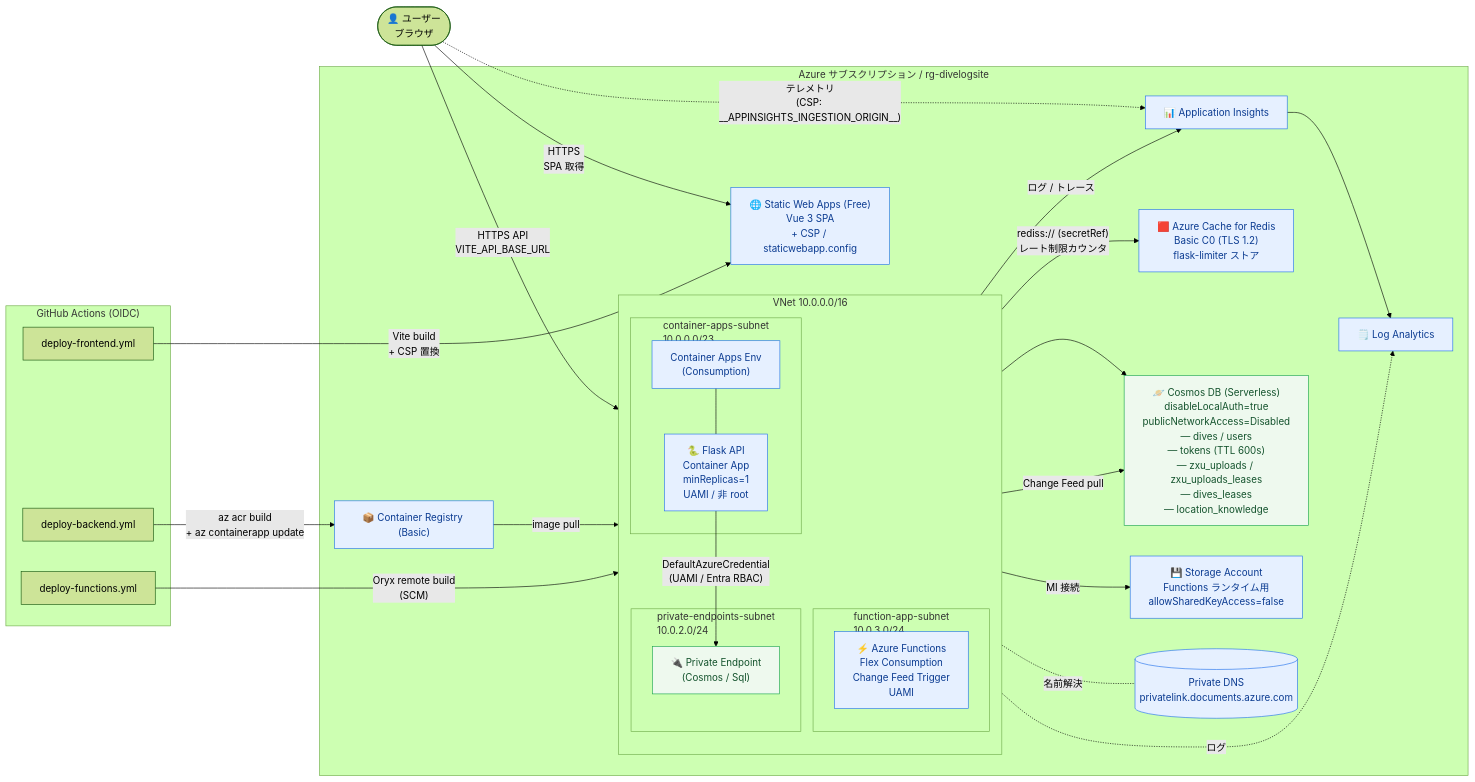
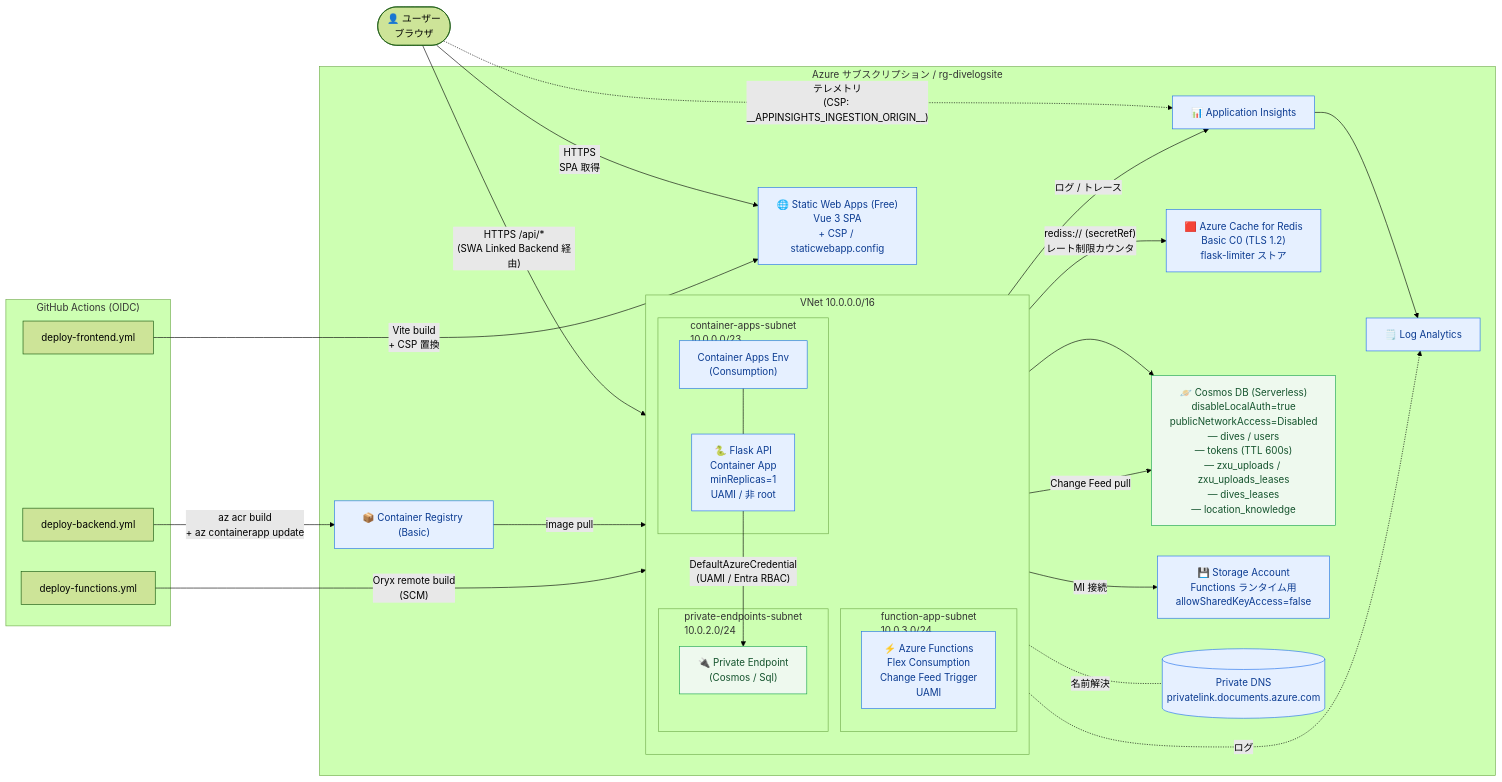
One commit to mahya8585/divelog changed the first of 3 diagrams in docs/architecture.md. Above: the diagram before and after it, drawn with Mermaid (forest theme). The commit also changed other lines of this file and 16 other files, not shown here.

````diff
--- a/docs/architecture.md
+++ b/docs/architecture.md
@@ -7,65 +7,65 @@
 ```mermaid
 flowchart LR
     User([👤 ユーザー<br/>ブラウザ])
 
     subgraph GHA["GitHub Actions (OIDC)"]
         WF_FE[deploy-frontend.yml]
         WF_BE[deploy-backend.yml]
         WF_FN[deploy-functions.yml]
     end
 
     subgraph Azure["Azure サブスクリプション / rg-divelogsite"]
         SWA["🌐 Static Web Apps (Free)<br/>Vue 3 SPA<br/>+ CSP / staticwebapp.config"]
         ACR["📦 Container Registry (Basic)"]
         AI["📊 Application Insights"]
         LAW["🗒️ Log Analytics"]
 
         subgraph VNET["VNet 10.0.0.0/16"]
             direction TB
             subgraph SUB_CA["container-apps-subnet<br/>10.0.0.0/23"]
                 CAE["Container Apps Env<br/>(Consumption)"]
                 CA["🐍 Flask API<br/>Container App<br/>minReplicas=1<br/>UAMI / 非 root"]
                 CAE --- CA
             end
             subgraph SUB_FN["function-app-subnet<br/>10.0.3.0/24"]
                 FN["⚡ Azure Functions<br/>Flex Consumption<br/>Change Feed Trigger<br/>UAMI"]
             end
             subgraph SUB_PE["private-endpoints-subnet<br/>10.0.2.0/24"]
                 PE_COS["🔌 Private Endpoint<br/>(Cosmos / Sql)"]
             end
         end
 
         REDIS["🟥 Azure Cache for Redis<br/>Basic C0 (TLS 1.2)<br/>flask-limiter ストア"]
         COSMOS["🪐 Cosmos DB (Serverless)<br/>disableLocalAuth=true<br/>publicNetworkAccess=Disabled<br/>― dives / users<br/>― tokens (TTL 600s)<br/>― zxu_uploads / zxu_uploads_leases<br/>― dives_leases<br/>― location_knowledge"]
         ST["💾 Storage Account<br/>Functions ランタイム用<br/>allowSharedKeyAccess=false"]
         DNS[("Private DNS<br/>privatelink.documents.azure.com")]
     end
 
     %% フロー
     User -- "HTTPS<br/>SPA 取得" --> SWA
-    User -- "HTTPS API<br/>VITE_API_BASE_URL" --> CA
+    User -- "HTTPS /api/*<br/>(SWA Linked Backend 経由)" --> CA
     User -. "テレメトリ<br/>(CSP: __APPINSIGHTS_INGESTION_ORIGIN__)" .-> AI
 
     CA -- "rediss:// (secretRef)<br/>レート制限カウンタ" --> REDIS
     CA -- "DefaultAzureCredential<br/>(UAMI / Entra RBAC)" --> PE_COS
     PE_COS --> COSMOS
     PE_COS -. 名前解決 .- DNS
 
     FN -- "Change Feed pull" --> COSMOS
     FN -- "MI 接続" --> ST
     FN -- "ログ / トレース" --> AI
     AI --> LAW
     CA -. ログ .-> LAW
 
     %% CI/CD
     WF_FE -- "Vite build<br/>+ CSP 置換" --> SWA
     WF_BE -- "az acr build<br/>+ az containerapp update" --> ACR
     ACR -- "image pull" --> CA
     WF_FN -- "Oryx remote build<br/>(SCM)" --> FN
 
     classDef azure fill:#e6f0ff,stroke:#1f6feb,color:#0b3b91
     classDef secure fill:#fff5e6,stroke:#d97706,color:#7c2d12
     classDef store fill:#eef9ee,stroke:#16a34a,color:#14532d
     class SWA,ACR,AI,LAW,CAE,CA,FN,REDIS,ST,DNS azure
     class PE_COS,COSMOS store
 ```
````
